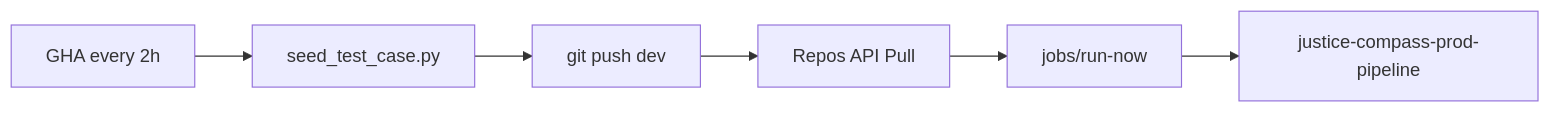
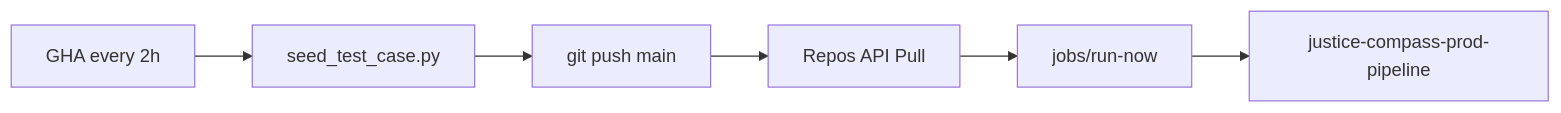
The diagram in docs/JOBS.md (garmenty485/justice-compass-canada), drawn with Mermaid before and after one commit. The commit also changed 10 other files, not shown here.

First line of the commit message:
Disable auto-schedule pipeline by default, fix main/dev branch mismatch, add zh-TW quickstart

````diff
--- a/docs/JOBS.md
+++ b/docs/JOBS.md
@@ -18,8 +18,8 @@
 ```mermaid
 flowchart LR
   gha["GHA every 2h"] --> seed["seed_test_case.py"]
-  seed --> push["git push dev"]
+  seed --> push["git push main"]
   push --> pull["Repos API Pull"]
   pull --> run["jobs/run-now"]
   run --> job["justice-compass-prod-pipeline"]
 ```
````
